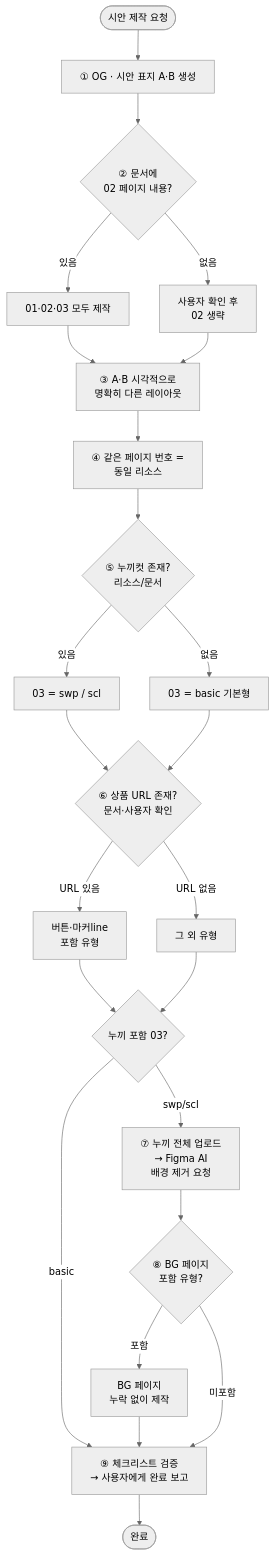
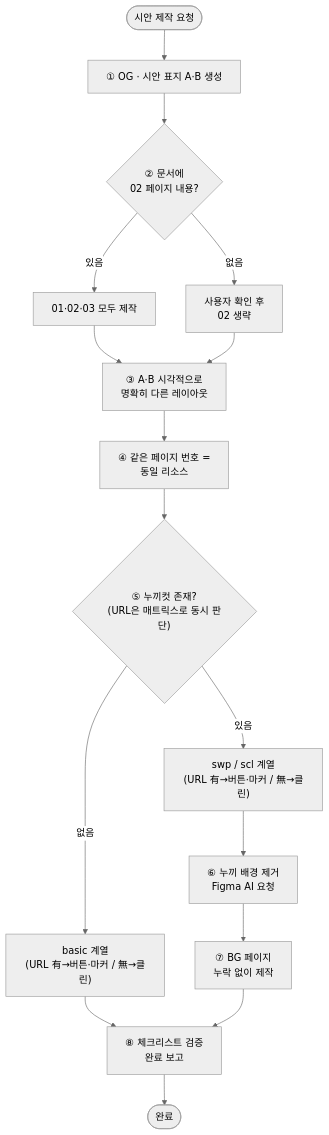
The diagram in 룩북/1. 제작 프로세스/1-2. 시안.md (CdBd-in/cdbd-design-service), drawn with Mermaid (neutral theme) before and after one commit. The commit also changed other lines of this file, not shown here.

````diff
--- a/룩북/1. 제작 프로세스/1-2. 시안.md
+++ b/룩북/1. 제작 프로세스/1-2. 시안.md
@@ -78,36 +84,25 @@
 ```mermaid
 flowchart TD
     Start(["시안 제작 요청"])
     S1["① OG · 시안 표지 A·B 생성"]
     S2{"② 문서에<br>02 페이지 내용?"}
     S2y["01·02·03 모두 제작"]
     S2n["사용자 확인 후<br>02 생략"]
     S3["③ A·B 시각적으로<br>명확히 다른 레이아웃"]
     S4["④ 같은 페이지 번호 =<br>동일 리소스"]
-    S5{"⑤ 누끼컷 존재?<br>리소스/문서"}
-    S5y["03 = swp / scl"]
-    S5n["03 = basic 기본형"]
-    S6{"⑥ 상품 URL 존재?<br>문서·사용자 확인"}
-    S6y["버튼·마커line<br>포함 유형"]
-    S6n["그 외 유형"]
-    Sw{"누끼 포함 03?"}
-    S7["⑦ 누끼 전체 업로드<br>→ Figma AI<br>배경 제거 요청"]
-    S8{"⑧ BG 페이지<br>포함 유형?"}
-    S8y["BG 페이지<br>누락 없이 제작"]
-    S9["⑨ 체크리스트 검증<br>→ 사용자에게 완료 보고"]
+    S5{"⑤ 누끼컷 존재?<br>(URL은 매트릭스로 동시 판단)"}
+    Basic["basic 계열<br>(URL 有→버튼·마커 / 無→클린)"]
+    Swp["swp / scl 계열<br>(URL 有→버튼·마커 / 無→클린)"]
+    S6["⑥ 누끼 배경 제거<br>Figma AI 요청"]
+    S7["⑦ BG 페이지<br>누락 없이 제작"]
+    S8["⑧ 체크리스트 검증<br>완료 보고"]
     Done(["완료"])
 
     Start --> S1 --> S2
     S2 -- 있음 --> S2y --> S3
     S2 -- 없음 --> S2n --> S3
     S3 --> S4 --> S5
-    S5 -- 있음 --> S5y --> S6
-    S5 -- 없음 --> S5n --> S6
-    S6 -- URL 있음 --> S6y --> Sw
-    S6 -- URL 없음 --> S6n --> Sw
-    Sw -- swp/scl --> S7 --> S8
-    Sw -- basic --> S9
-    S8 -- 포함 --> S8y --> S9
-    S8 -- 미포함 --> S9
-    S9 --> Done
+    S5 -- 없음 --> Basic --> S8
+    S5 -- 있음 --> Swp --> S6 --> S7 --> S8
+    S8 --> Done
 ```
````
